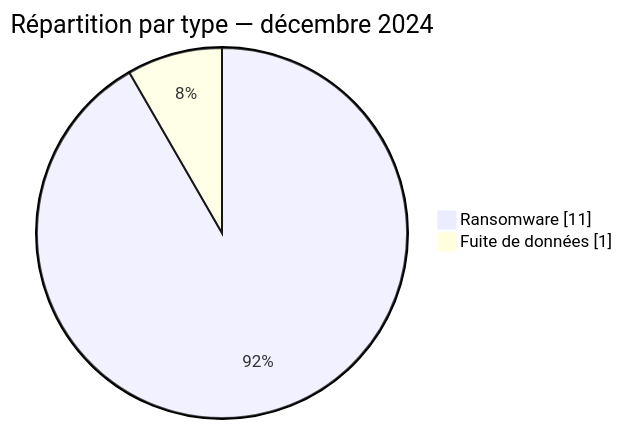
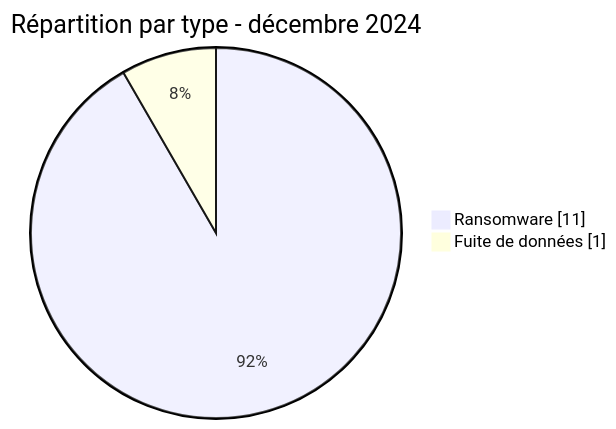
One commit to Hatchepsoute/AFRINTEL changed the second of 2 diagrams in CyberAttackAfrica/2024/12-december/README_FR.md. Above: the diagram before and after it, drawn with Mermaid. The commit also changed other lines of this file and 182 other files, not shown here.

````diff
--- a/CyberAttackAfrica/2024/12-december/README_FR.md
+++ b/CyberAttackAfrica/2024/12-december/README_FR.md
@@ -58,6 +58,6 @@
 ```mermaid
 pie showData
-    title Répartition par type — décembre 2024
+    title Répartition par type - décembre 2024
     "Ransomware" : 11
     "Fuite de données" : 1
 ```
````
